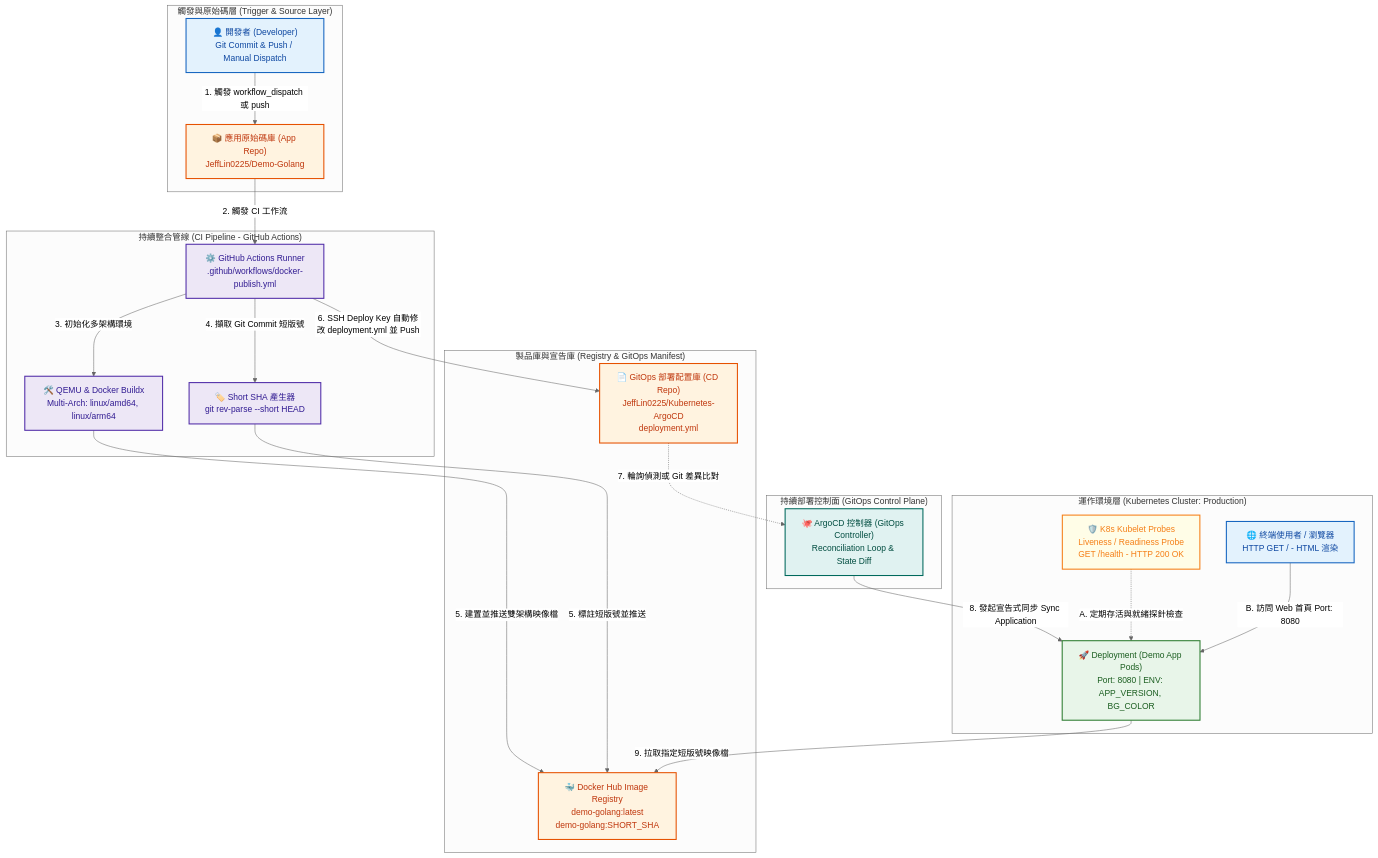
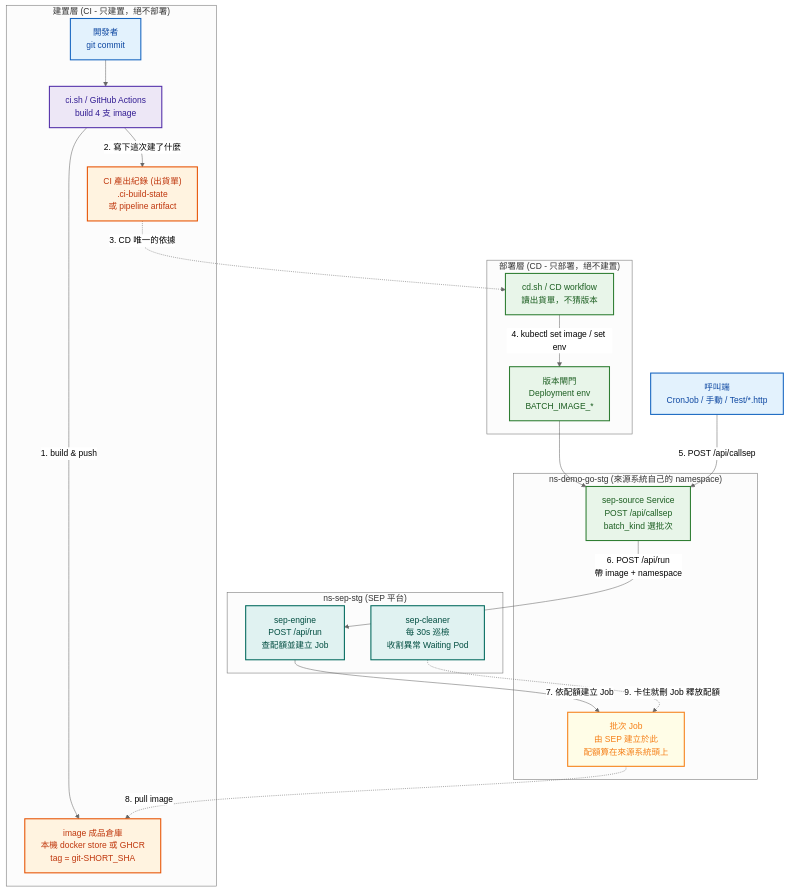
One commit to JeffLin0225/Demo-Golang changed the diagram in README.md. Above: the diagram before and after it, drawn with Mermaid (neutral theme). The commit also changed other lines of this file and 5 other files, not shown here.

````diff
--- a/README.md
+++ b/README.md
@@ -11,62 +25,53 @@
 ```mermaid
 flowchart TD
-    %% 樣式定義
-    classDef clientStyle fill:#E3F2FD,stroke:#1565C0,stroke-width:2px,color:#0D47A1
+    classDef devStyle fill:#E3F2FD,stroke:#1565C0,stroke-width:2px,color:#0D47A1
     classDef ciStyle fill:#EDE7F6,stroke:#512DA8,stroke-width:2px,color:#311B92
-    classDef repoStyle fill:#FFF3E0,stroke:#E65100,stroke-width:2px,color:#BF360C
-    classDef argoStyle fill:#E0F2F1,stroke:#00695C,stroke-width:2px,color:#004D40
-    classDef k8sStyle fill:#E8F5E9,stroke:#2E7D32,stroke-width:2px,color:#1B5E20
-    classDef probeStyle fill:#FFFDE7,stroke:#F57F17,stroke-width:2px,color:#F57F17
+    classDef recordStyle fill:#FFF3E0,stroke:#E65100,stroke-width:2px,color:#BF360C
+    classDef srcStyle fill:#E8F5E9,stroke:#2E7D32,stroke-width:2px,color:#1B5E20
+    classDef sepStyle fill:#E0F2F1,stroke:#00695C,stroke-width:2px,color:#004D40
+    classDef jobStyle fill:#FFFDE7,stroke:#F57F17,stroke-width:2px,color:#F57F17
 
-    subgraph TriggerLayer ["觸發與原始碼層 (Trigger & Source Layer)"]
-        Dev["👤 開發者 (Developer)<br/>Git Commit & Push / Manual Dispatch"]
-        SourceRepo["📦 應用原始碼庫 (App Repo)<br/>JeffLin0225/Demo-Golang"]
+    subgraph BuildLayer ["建置層 (CI - 只建置，絕不部署)"]
+        Dev["開發者<br/>git commit"]
+        CI["ci.sh / GitHub Actions<br/>build 4 支 image"]
+        Images["image 成品倉庫<br/>本機 docker store 或 GHCR<br/>tag = git-SHORT_SHA"]
+        Record["CI 產出紀錄 (出貨單)<br/>.ci-build-state<br/>或 pipeline artifact"]
     end
 
-    subgraph CIPipeline ["持續整合管線 (CI Pipeline - GitHub Actions)"]
-        GHA["⚙️ GitHub Actions Runner<br/>.github/workflows/docker-publish.yml"]
-        QEMU["🛠️ QEMU & Docker Buildx<br/>Multi-Arch: linux/amd64, linux/arm64"]
-        Vars["🏷️ Short SHA 產生器<br/>git rev-parse --short HEAD"]
+    subgraph DeployLayer ["部署層 (CD - 只部署，絕不建置)"]
+        CD["cd.sh / CD workflow<br/>讀出貨單，不猜版本"]
+        Gate["版本閘門<br/>Deployment env<br/>BATCH_IMAGE_*"]
     end
 
-    subgraph RegistryLayer ["製品庫與宣告庫 (Registry & GitOps Manifest)"]
-        DockerHub["🐳 Docker Hub Image Registry<br/>demo-golang:latest<br/>demo-golang:SHORT_SHA"]
-        GitOpsRepo["📄 GitOps 部署配置庫 (CD Repo)<br/>JeffLin0225/Kubernetes-ArgoCD<br/>deployment.yml"]
+    subgraph SourceNS ["ns-demo-go-stg (來源系統自己的 namespace)"]
+        Svc["sep-source Service<br/>POST /api/callsep<br/>batch_kind 選批次"]
+        Job["批次 Job<br/>由 SEP 建立於此<br/>配額算在來源系統頭上"]
     end
 
-    subgraph CDControlPlane ["持續部署控制面 (GitOps Control Plane)"]
-        ArgoCD["🐙 ArgoCD 控制器 (GitOps Controller)<br/>Reconciliation Loop & State Diff"]
+    subgraph SepNS ["ns-sep-stg (SEP 平台)"]
+        Engine["sep-engine<br/>POST /api/run<br/>查配額並建立 Job"]
+        Cleaner["sep-cleaner<br/>每 30s 巡檢<br/>收割異常 Waiting Pod"]
     end
 
-    subgraph K8sCluster ["運作環境層 (Kubernetes Cluster: Production)"]
-        Deploy["🚀 Deployment (Demo App Pods)<br/>Port: 8080 | ENV: APP_VERSION, BG_COLOR"]
-        Kubelet["🛡️ K8s Kubelet Probes<br/>Liveness / Readiness Probe<br/>GET /health - HTTP 200 OK"]
-        User["🌐 終端使用者 / 瀏覽器<br/>HTTP GET / - HTML 渲染"]
-    end
+    Caller["呼叫端<br/>CronJob / 手動 / Test/*.http"]
 
-    %% 主 CI/CD 流程
-    Dev -->|1. 觸發 workflow_dispatch 或 push| SourceRepo
-    SourceRepo -->|2. 觸發 CI 工作流| GHA
-    GHA -->|3. 初始化多架構環境| QEMU
-    GHA -->|4. 擷取 Git Commit 短版號| Vars
-    QEMU -->|5. 建置並推送雙架構映像檔| DockerHub
-    Vars -->|5. 標註短版號並推送| DockerHub
-    GHA -->|6. SSH Deploy Key 自動修改 deployment.yml 並 Push| GitOpsRepo
+    Dev --> CI
+    CI -->|1. build & push| Images
+    CI -->|2. 寫下這次建了什麼| Record
+    Record -.->|3. CD 唯一的依據| CD
+    CD -->|4. kubectl set image / set env| Gate
+    Gate --> Svc
 
-    %% GitOps 同步與部署流程
-    GitOpsRepo -.->|7. 輪詢偵測或 Git 差異比對| ArgoCD
-    ArgoCD -->|8. 發起宣告式同步 Sync Application| Deploy
-    Deploy -->|9. 拉取指定短版號映像檔| DockerHub
+    Caller -->|5. POST /api/callsep| Svc
+    Svc -->|6. POST /api/run<br/>帶 image + namespace| Engine
+    Engine -->|7. 依配額建立 Job| Job
+    Job -.->|8. pull image| Images
+    Cleaner -.->|9. 卡住就刪 Job 釋放配額| Job
 
-    %% 背景治理與終端流量流程
-    Kubelet -.->|A. 定期存活與就緒探針檢查| Deploy
-    User -->|B. 訪問 Web 首頁 Port: 8080| Deploy
-
-    %% 套用樣式
-    class Dev,User clientStyle
-    class GHA,QEMU,Vars ciStyle
-    class SourceRepo,GitOpsRepo,DockerHub repoStyle
-    class ArgoCD argoStyle
-    class Deploy k8sStyle
-    class Kubelet probeStyle
+    class Dev,Caller devStyle
+    class CI ciStyle
+    class Images,Record recordStyle
+    class CD,Gate,Svc srcStyle
+    class Engine,Cleaner sepStyle
+    class Job jobStyle
 ```
````
